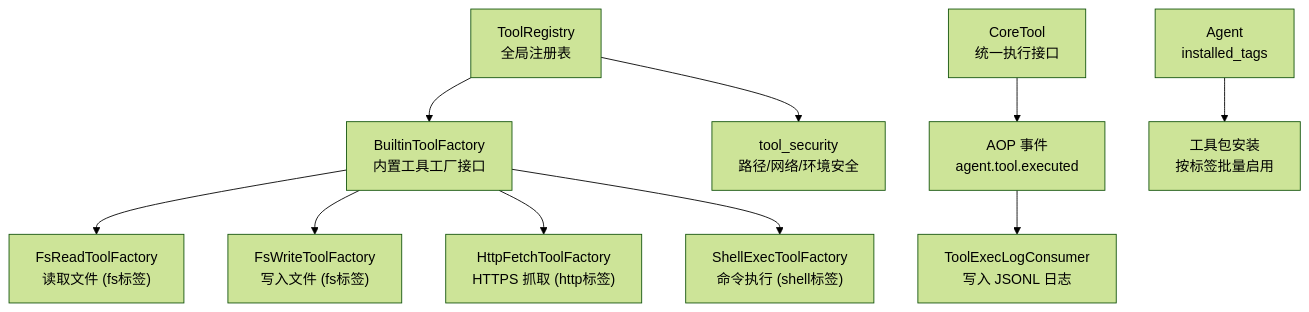
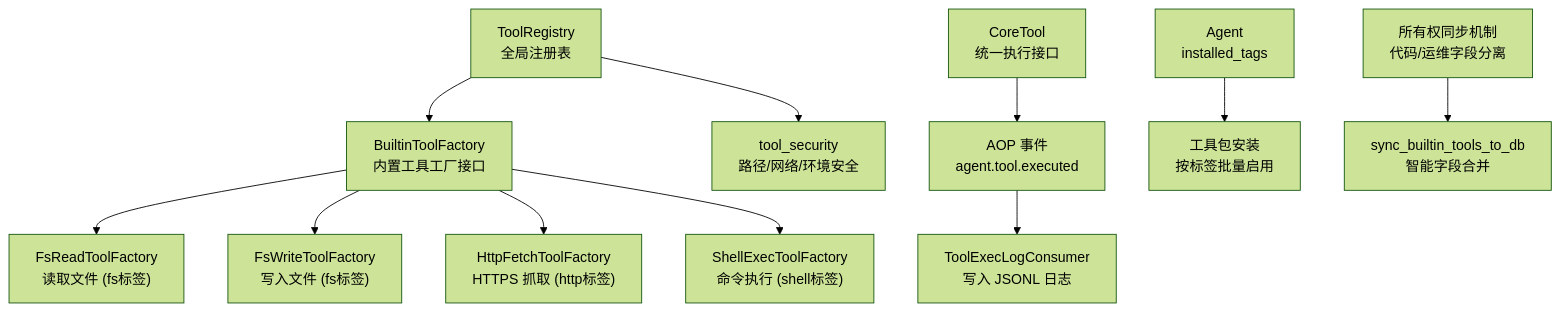
One commit to runningcoders/ai_orz changed the first of 6 diagrams in .qoder/repowiki/zh/content/核心模块/工具注册表/内置工具系统.md. Above: the diagram before and after it, drawn with Mermaid (forest theme). The commit also changed other lines of this file and 142 other files, not shown here.

````diff
--- a/.qoder/repowiki/zh/content/核心模块/工具注册表/内置工具系统.md
+++ b/.qoder/repowiki/zh/content/核心模块/工具注册表/内置工具系统.md
@@ -52,12 +53,13 @@
 ```mermaid
 graph TB
 A["ToolRegistry<br/>全局注册表"] --> B["BuiltinToolFactory<br/>内置工具工厂接口"]
 B --> C["FsReadToolFactory<br/>读取文件 (fs标签)"]
 B --> D["FsWriteToolFactory<br/>写入文件 (fs标签)"]
 B --> E["HttpFetchToolFactory<br/>HTTPS 抓取 (http标签)"]
 B --> F["ShellExecToolFactory<br/>命令执行 (shell标签)"]
 A --> G["tool_security<br/>路径/网络/环境安全"]
 H["CoreTool<br/>统一执行接口"] --> I["AOP 事件<br/>agent.tool.executed"]
 I --> J["ToolExecLogConsumer<br/>写入 JSONL 日志"]
 K["Agent<br/>installed_tags"] --> L["工具包安装<br/>按标签批量启用"]
+M["所有权同步机制<br/>代码/运维字段分离"] --> N["sync_builtin_tools_to_db<br/>智能字段合并"]
 ```
````
